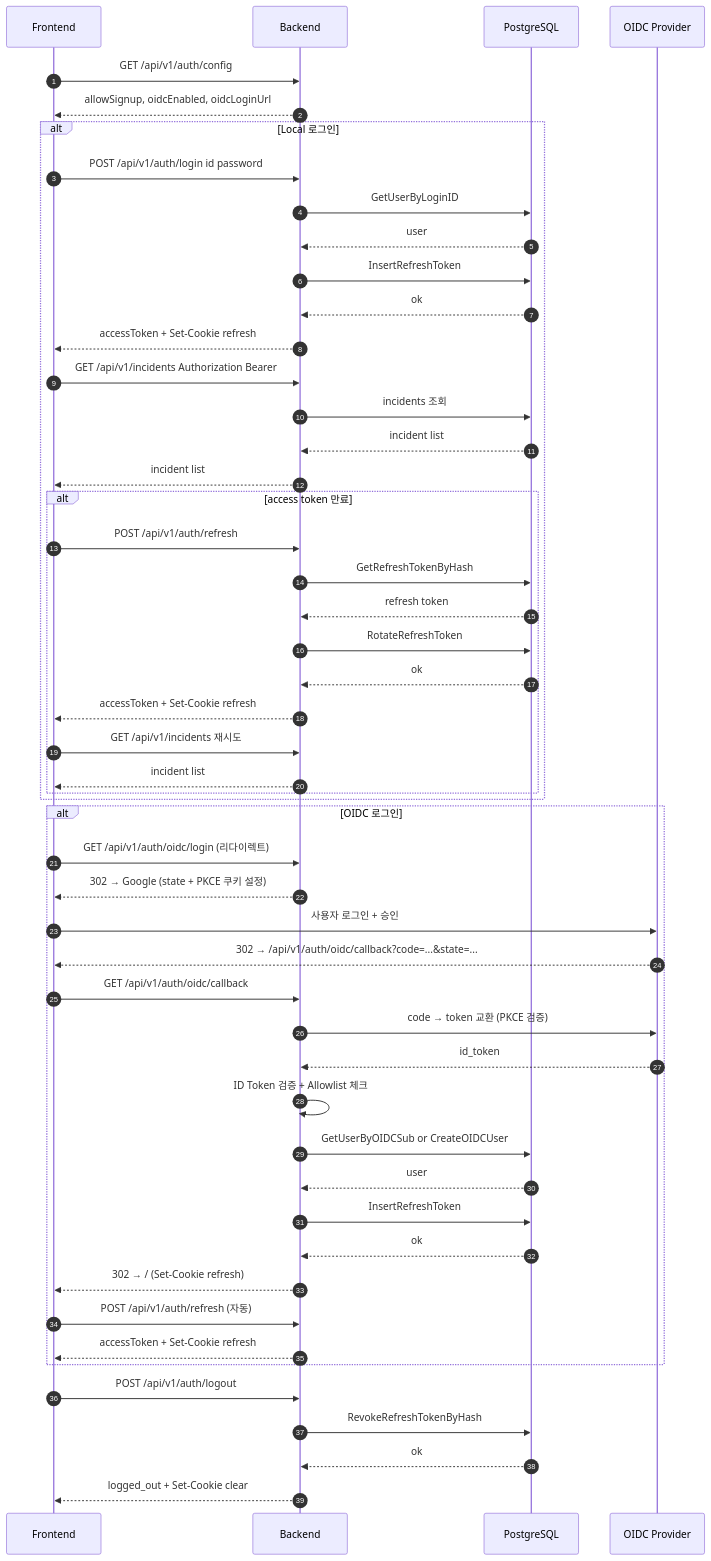
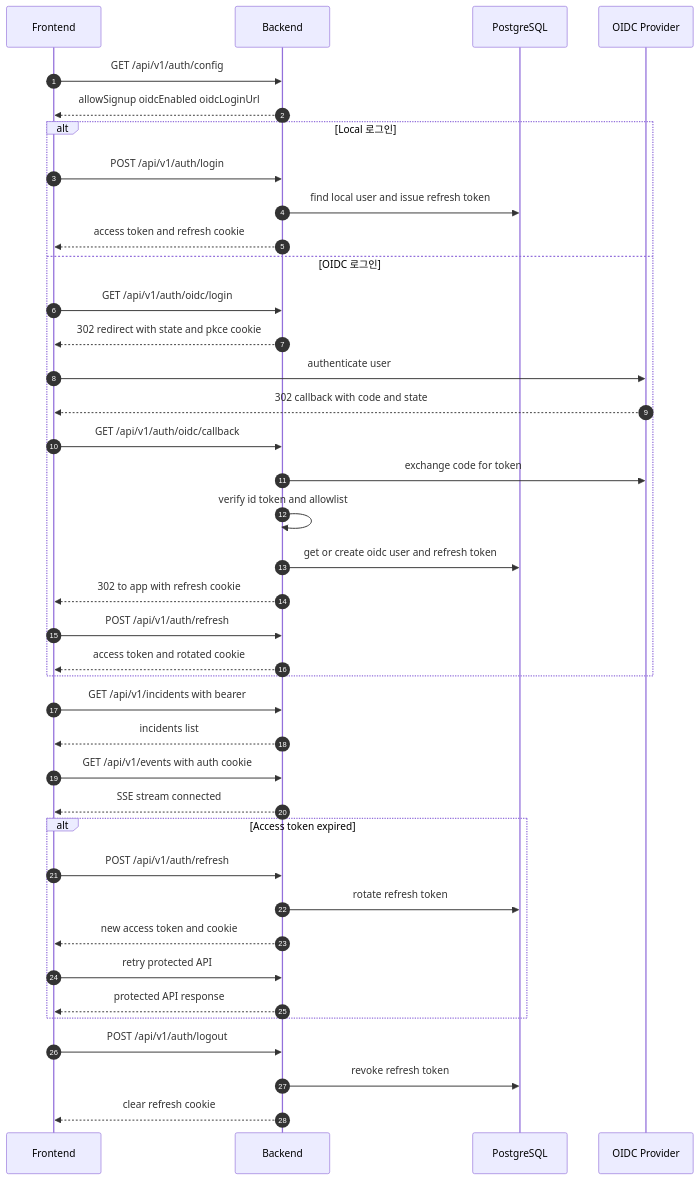
The diagram in docs/diagrams/login_sequence_diagram.md (kube-rca/kuberca), drawn with Mermaid before and after one commit. The commit also changed 6 other files, not shown here.

Commit message:
docs: sync architecture and runtime docs with current implementation

````diff
--- a/docs/diagrams/login_sequence_diagram.md
+++ b/docs/diagrams/login_sequence_diagram.md
@@ -1,60 +1,46 @@
 ```mermaid
 sequenceDiagram
   autonumber
   participant FE as Frontend
   participant BE as Backend
   participant DB as PostgreSQL
-  participant Google as OIDC Provider
+  participant OIDC as OIDC Provider
 
   FE->>BE: GET /api/v1/auth/config
-  BE-->>FE: allowSignup, oidcEnabled, oidcLoginUrl
+  BE-->>FE: allowSignup oidcEnabled oidcLoginUrl
 
   alt Local 로그인
-  FE->>BE: POST /api/v1/auth/login id password
-  BE->>DB: GetUserByLoginID
-  DB-->>BE: user
-  BE->>DB: InsertRefreshToken
-  DB-->>BE: ok
-  BE-->>FE: accessToken + Set-Cookie refresh
-
-  FE->>BE: GET /api/v1/incidents Authorization Bearer
-  BE->>DB: incidents 조회
-  DB-->>BE: incident list
-  BE-->>FE: incident list
-
-  alt access token 만료
+    FE->>BE: POST /api/v1/auth/login
+    BE->>DB: find local user and issue refresh token
+    BE-->>FE: access token and refresh cookie
+  else OIDC 로그인
+    FE->>BE: GET /api/v1/auth/oidc/login
+    BE-->>FE: 302 redirect with state and pkce cookie
+    FE->>OIDC: authenticate user
+    OIDC-->>FE: 302 callback with code and state
+    FE->>BE: GET /api/v1/auth/oidc/callback
+    BE->>OIDC: exchange code for token
+    BE->>BE: verify id token and allowlist
+    BE->>DB: get or create oidc user and refresh token
+    BE-->>FE: 302 to app with refresh cookie
     FE->>BE: POST /api/v1/auth/refresh
-    BE->>DB: GetRefreshTokenByHash
-    DB-->>BE: refresh token
-    BE->>DB: RotateRefreshToken
-    DB-->>BE: ok
-    BE-->>FE: accessToken + Set-Cookie refresh
-    FE->>BE: GET /api/v1/incidents 재시도
-    BE-->>FE: incident list
+    BE-->>FE: access token and rotated cookie
   end
 
-  end
+  FE->>BE: GET /api/v1/incidents with bearer
+  BE-->>FE: incidents list
+  FE->>BE: GET /api/v1/events with auth cookie
+  BE-->>FE: SSE stream connected
 
-  alt OIDC 로그인
-    FE->>BE: GET /api/v1/auth/oidc/login (리다이렉트)
-    BE-->>FE: 302 → Google (state + PKCE 쿠키 설정)
-    FE->>Google: 사용자 로그인 + 승인
-    Google-->>FE: 302 → /api/v1/auth/oidc/callback?code=...&state=...
-    FE->>BE: GET /api/v1/auth/oidc/callback
-    BE->>Google: code → token 교환 (PKCE 검증)
-    Google-->>BE: id_token
-    BE->>BE: ID Token 검증 + Allowlist 체크
-    BE->>DB: GetUserByOIDCSub or CreateOIDCUser
-    DB-->>BE: user
-    BE->>DB: InsertRefreshToken
-    DB-->>BE: ok
-    BE-->>FE: 302 → / (Set-Cookie refresh)
-    FE->>BE: POST /api/v1/auth/refresh (자동)
-    BE-->>FE: accessToken + Set-Cookie refresh
+  alt Access token expired
+    FE->>BE: POST /api/v1/auth/refresh
+    BE->>DB: rotate refresh token
+    BE-->>FE: new access token and cookie
+    FE->>BE: retry protected API
+    BE-->>FE: protected API response
   end
 
   FE->>BE: POST /api/v1/auth/logout
-  BE->>DB: RevokeRefreshTokenByHash
-  DB-->>BE: ok
-  BE-->>FE: logged_out + Set-Cookie clear
+  BE->>DB: revoke refresh token
+  BE-->>FE: clear refresh cookie
 ```
````
